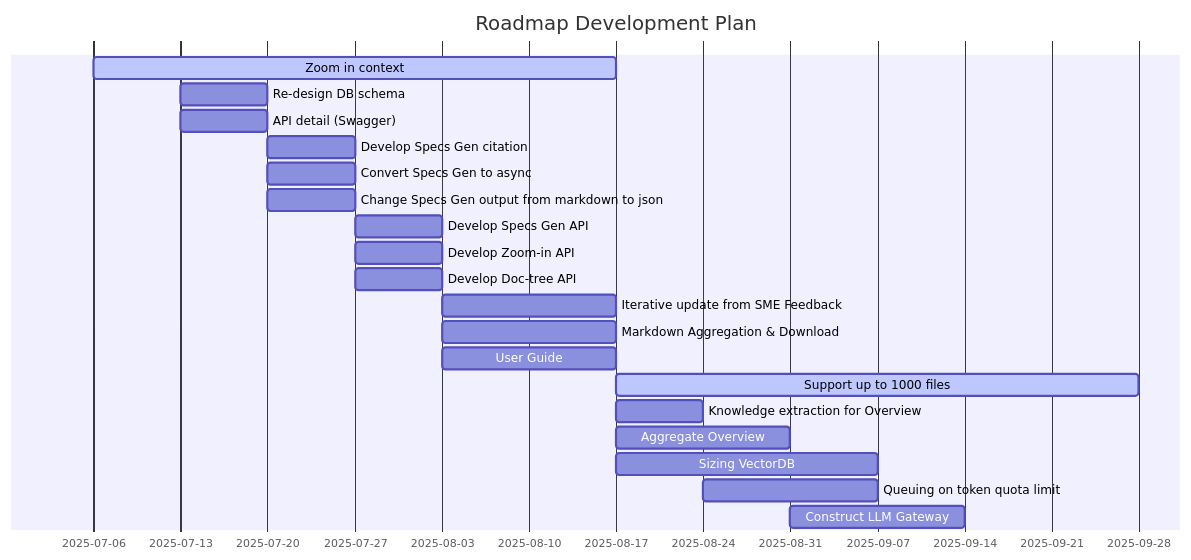
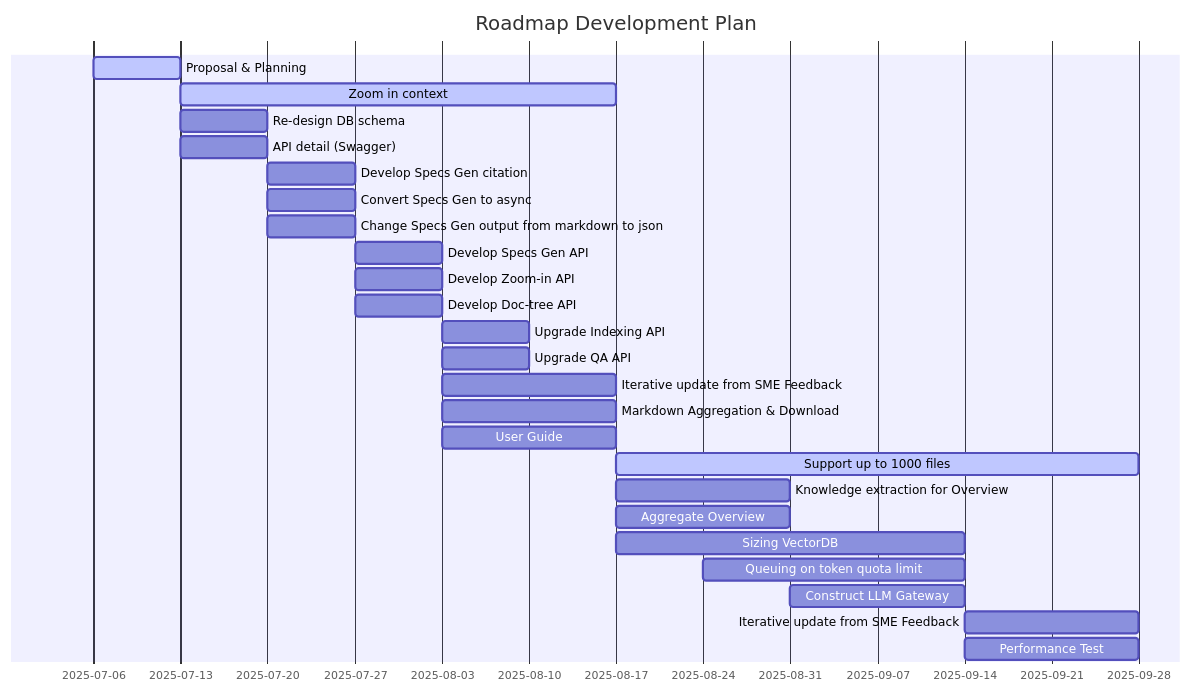
One commit to anhttmle/CAIO changed the diagram in C2B/Phase 2/Roadmap.md. Above: the diagram before and after it, drawn with Mermaid.

````diff
--- a/C2B/Phase 2/Roadmap.md
+++ b/C2B/Phase 2/Roadmap.md
@@ -3,36 +3,43 @@
 ```mermaid
 
 gantt
     title Roadmap Development Plan
     dateFormat  YYYY-MM-DD
     axisFormat  %Y-%m-%d
-    Zoom in context                     :active, zoom, 2025-07-06, 2025-08-17
+    Proposal & Planning                     :active, zoom, 2025-07-06, 2025-07-13
+    Zoom in context                     :active, zoom, 2025-07-13, 2025-08-17
 
     Re-design DB schema                :db_schema, 2025-07-13, 2025-07-20
     API detail (Swagger)            :doc_api, 2025-07-13, 2025-07-20
 
     Develop Specs Gen citation             :citation_api, 2025-07-20, 2025-07-27
     Convert Specs Gen to async         :specs_async, 2025-07-20, 2025-07-27
     Change Specs Gen output from markdown to json             :convert_json, 2025-07-20, 2025-07-27
     
     Develop Specs Gen API   :gen_specs, 2025-07-27, 2025-08-03
     Develop Zoom-in API   :zoom-in, 2025-07-27, 2025-08-03
     Develop Doc-tree API   :doc-tree, 2025-07-27, 2025-08-03
 
+    Upgrade Indexing API    :index_api, 2025-08-03, 2025-08-10
+    Upgrade QA API    :qa_api, 2025-08-03, 2025-08-10
+
     Iterative update from SME Feedback  :optimize, 2025-08-03, 2025-08-17
     Markdown Aggregation & Download   :markdown, 2025-08-03, 2025-08-17
     User Guide          :user-guide, 2025-08-03, 2025-08-17
 
 
     Support up to 1000 files           :active, scale_up, 2025-08-17, 2025-09-28
 
-    Knowledge extraction for Overview    :knowledge_extract, 2025-08-17, 2025-08-24
+    Knowledge extraction for Overview    :knowledge_extract, 2025-08-17, 2025-08-31
     Aggregate Overview    :aggregate_overview, 2025-08-17, 2025-08-31
-    Sizing VectorDB    :sizing_vectordb, 2025-08-17, 2025-09-07
-    Queuing on token quota limit    :queue_on_limit, 2025-08-24, 2025-09-07
+    Sizing VectorDB    :sizing_vectordb, 2025-08-17, 2025-09-14
+    Queuing on token quota limit    :queue_on_limit, 2025-08-24, 2025-09-14
     Construct LLM Gateway    :llm_gateway, 2025-08-31, 2025-09-14
+
+    Iterative update from SME Feedback  :optimize, 2025-09-14, 2025-09-28
+    Performance Test  :optimize, 2025-09-14, 2025-09-28
 
 
 
 
 ```
````
